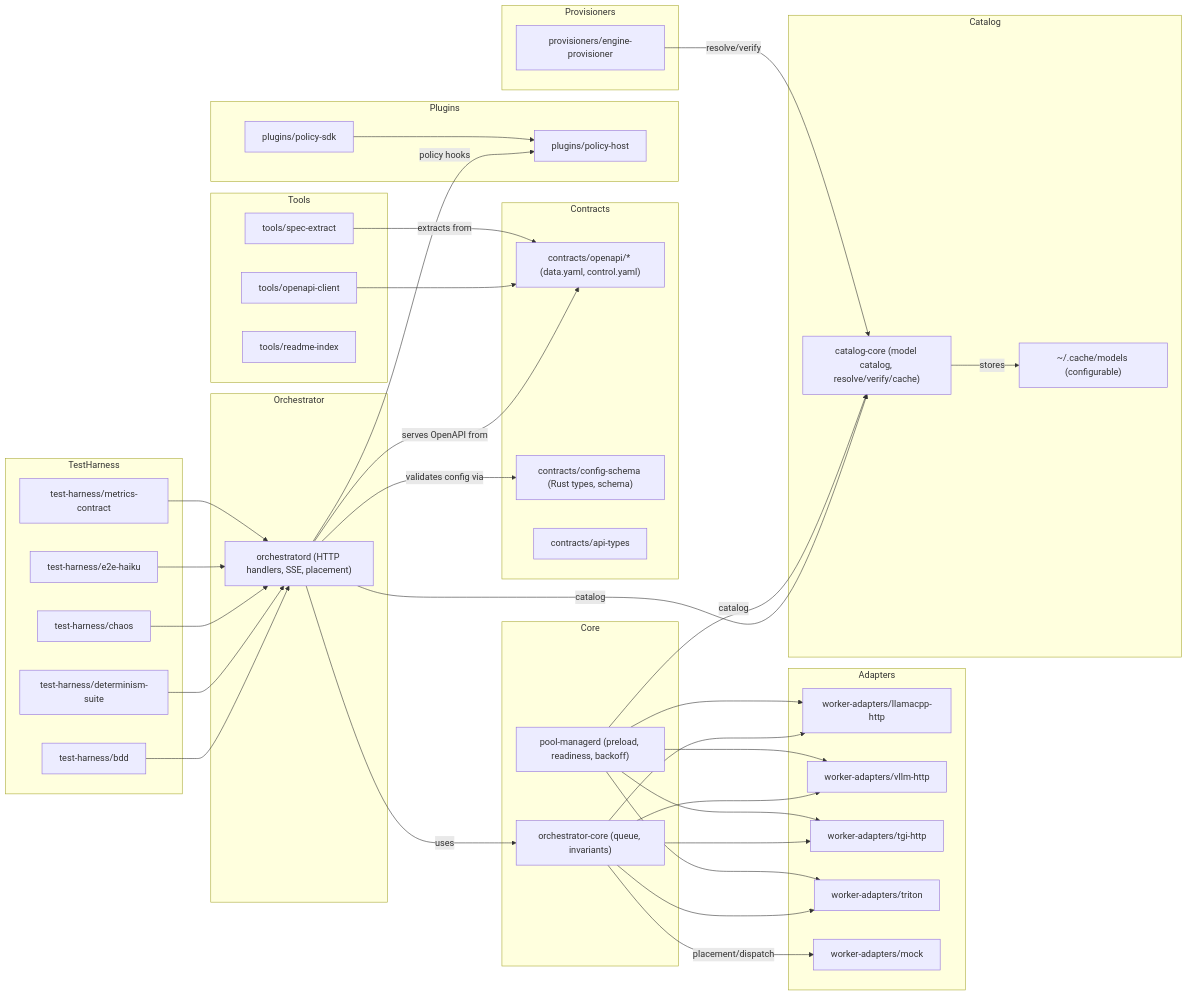
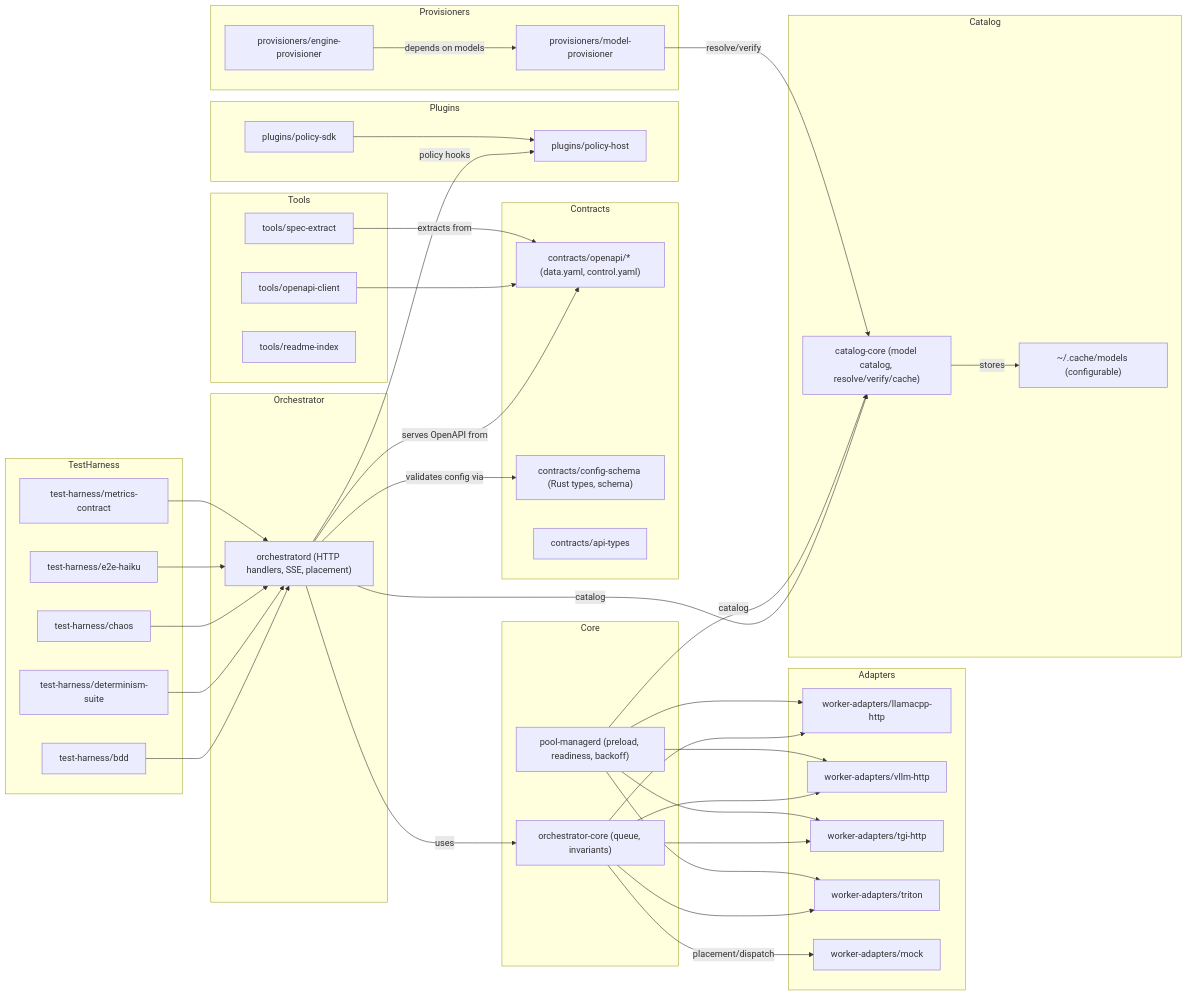
The first of 2 diagrams in README.md (veighnsche/llama-orch), drawn with Mermaid before and after one commit. The commit also changed 22 other files, not shown here.

Commit message:
feat: add model-provisioner crate and catalog delete API endpoint

````diff
--- a/README.md
+++ b/README.md
@@ -41,80 +41,82 @@
 ```mermaid
 graph LR
   subgraph Contracts
     contracts_openapi["contracts/openapi/* (data.yaml, control.yaml)"]
     contracts_schema["contracts/config-schema (Rust types, schema)"]
     contracts_types["contracts/api-types"]
   end
 
   subgraph Core
     orch_core["orchestrator-core (queue, invariants)"]
     pool_mgr["pool-managerd (preload, readiness, backoff)"]
   end
 
   subgraph Orchestrator
     orchd["orchestratord (HTTP handlers, SSE, placement)"]
   end
 
   subgraph Adapters
     adapt_llama["worker-adapters/llamacpp-http"]
     adapt_vllm["worker-adapters/vllm-http"]
     adapt_tgi["worker-adapters/tgi-http"]
     adapt_triton["worker-adapters/triton"]
     adapt_mock["worker-adapters/mock"]
   end
 
   subgraph Plugins
     policy_host["plugins/policy-host"]
     policy_sdk["plugins/policy-sdk"]
   end
 
   subgraph TestHarness
     th_bdd["test-harness/bdd"]
     th_det["test-harness/determinism-suite"]
     th_chaos["test-harness/chaos"]
     th_haiku["test-harness/e2e-haiku"]
     th_metrics["test-harness/metrics-contract"]
   end
 
   subgraph Tools
     tool_client["tools/openapi-client"]
     tool_spec["tools/spec-extract"]
     tool_readme["tools/readme-index"]
   end
 
   subgraph Catalog
     catalog_core["catalog-core (model catalog, resolve/verify/cache)"]
     model_cache["~/.cache/models (configurable)"]
   end
 
   subgraph Provisioners
     engine_prov["provisioners/engine-provisioner"]
+    model_prov["provisioners/model-provisioner"]
   end
 
   %% wiring
   orchd -->|uses| orch_core
   orchd -->|serves OpenAPI from| contracts_openapi
   orchd -->|validates config via| contracts_schema
   orchd -->|policy hooks| policy_host
   policy_sdk --> policy_host
   orch_core -->|placement/dispatch| adapt_mock
   orch_core --> adapt_llama
   orch_core --> adapt_vllm
   orch_core --> adapt_tgi
   orch_core --> adapt_triton
   pool_mgr --> adapt_llama
   pool_mgr --> adapt_vllm
   pool_mgr --> adapt_tgi
   pool_mgr --> adapt_triton
   orchd -->|catalog| catalog_core
   pool_mgr -->|catalog| catalog_core
-  engine_prov -->|resolve/verify| catalog_core
+  model_prov -->|resolve/verify| catalog_core
+  engine_prov -->|depends on models| model_prov
   catalog_core -->|stores| model_cache
   th_bdd --> orchd
   th_det --> orchd
   th_chaos --> orchd
   th_haiku --> orchd
   th_metrics --> orchd
   tool_client --> contracts_openapi
   tool_spec -->|extracts from| contracts_openapi
 ```
````
